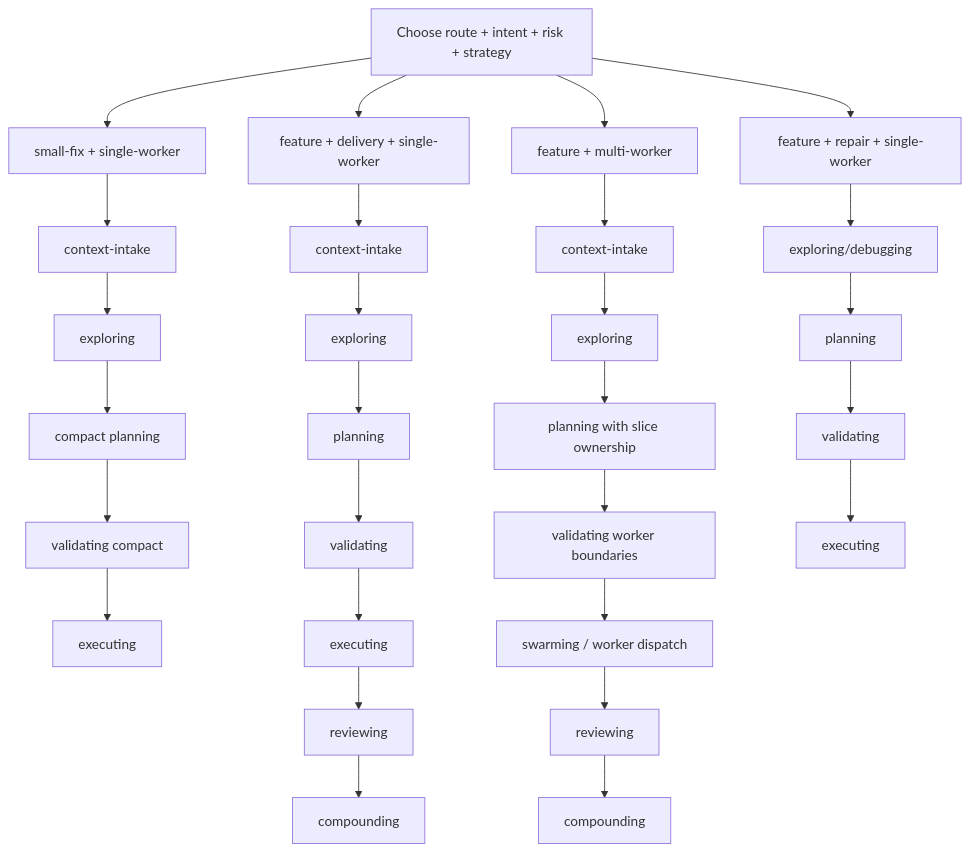
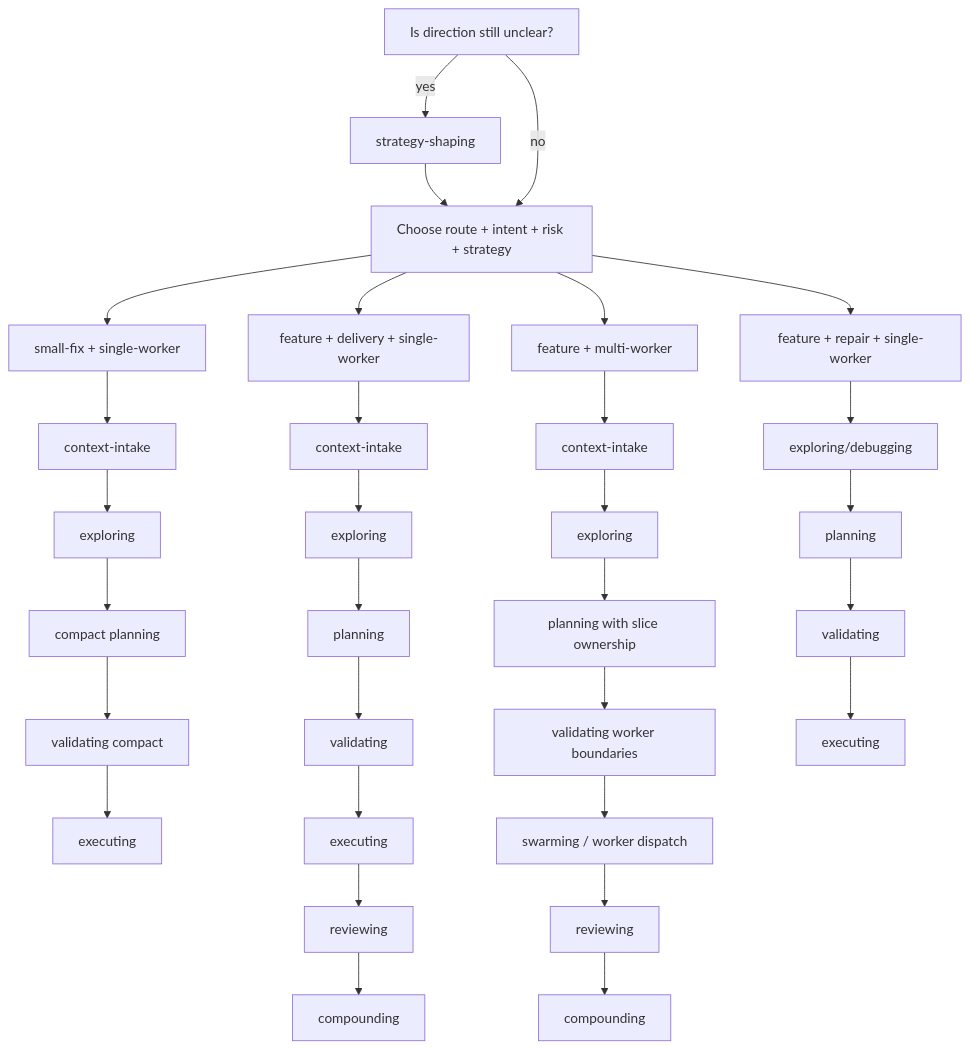
The diagram in docs/route-strategy-comparison.md (Huy-04/beer-skills), drawn with Mermaid before and after one commit. The commit also changed other lines of this file and 15 other files, not shown here.

````diff
--- a/docs/route-strategy-comparison.md
+++ b/docs/route-strategy-comparison.md
@@ -34,34 +40,37 @@
 ```mermaid
 flowchart TD
-    S[Choose route + intent + risk + strategy] --> A[small-fix + single-worker]
+    Q[Is direction still unclear?] -->|yes| ST[strategy-shaping]
+    ST --> S[Choose route + intent + risk + strategy]
+    Q -->|no| S
+    S --> A[small-fix + single-worker]
     S --> B[feature + delivery + single-worker]
     S --> C[feature + multi-worker]
     S --> D[feature + repair + single-worker]
 
     A --> A0[context-intake]
     A0 --> A1[exploring]
     A1 --> A2[compact planning]
     A2 --> A3[validating compact]
     A3 --> A4[executing]
 
     B --> B1[context-intake]
     B1 --> B2[exploring]
     B2 --> B3[planning]
     B3 --> B4[validating]
     B4 --> B5[executing]
     B5 --> B6[reviewing]
     B6 --> B7[compounding]
 
     C --> C1[context-intake]
     C1 --> C2[exploring]
     C2 --> C3[planning with slice ownership]
     C3 --> C4[validating worker boundaries]
     C4 --> C5[swarming / worker dispatch]
     C5 --> C6[reviewing]
     C6 --> C7[compounding]
 
     D --> D1[exploring/debugging]
     D1 --> D2[planning]
     D2 --> D3[validating]
     D3 --> D4[executing]
 ```
````
